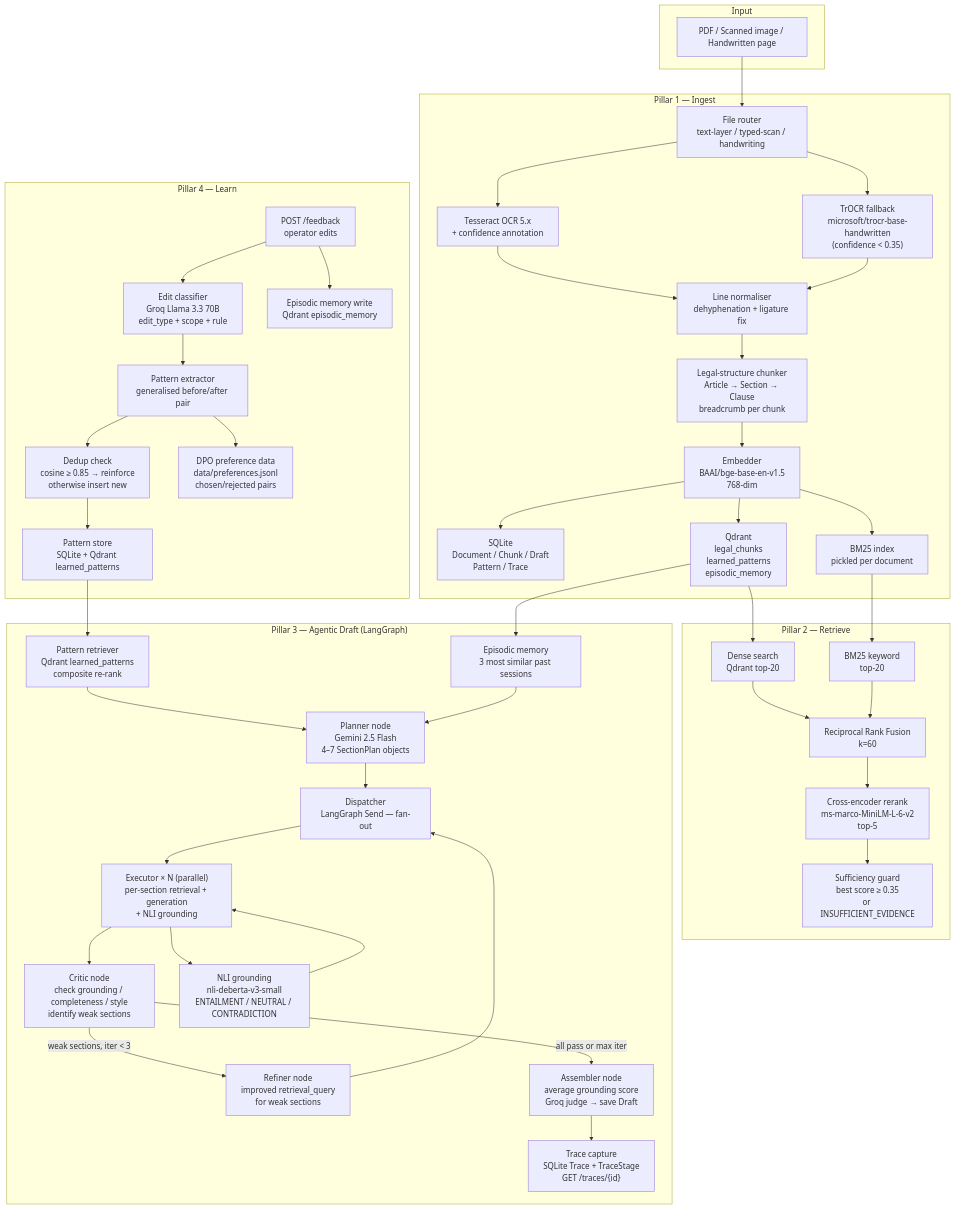
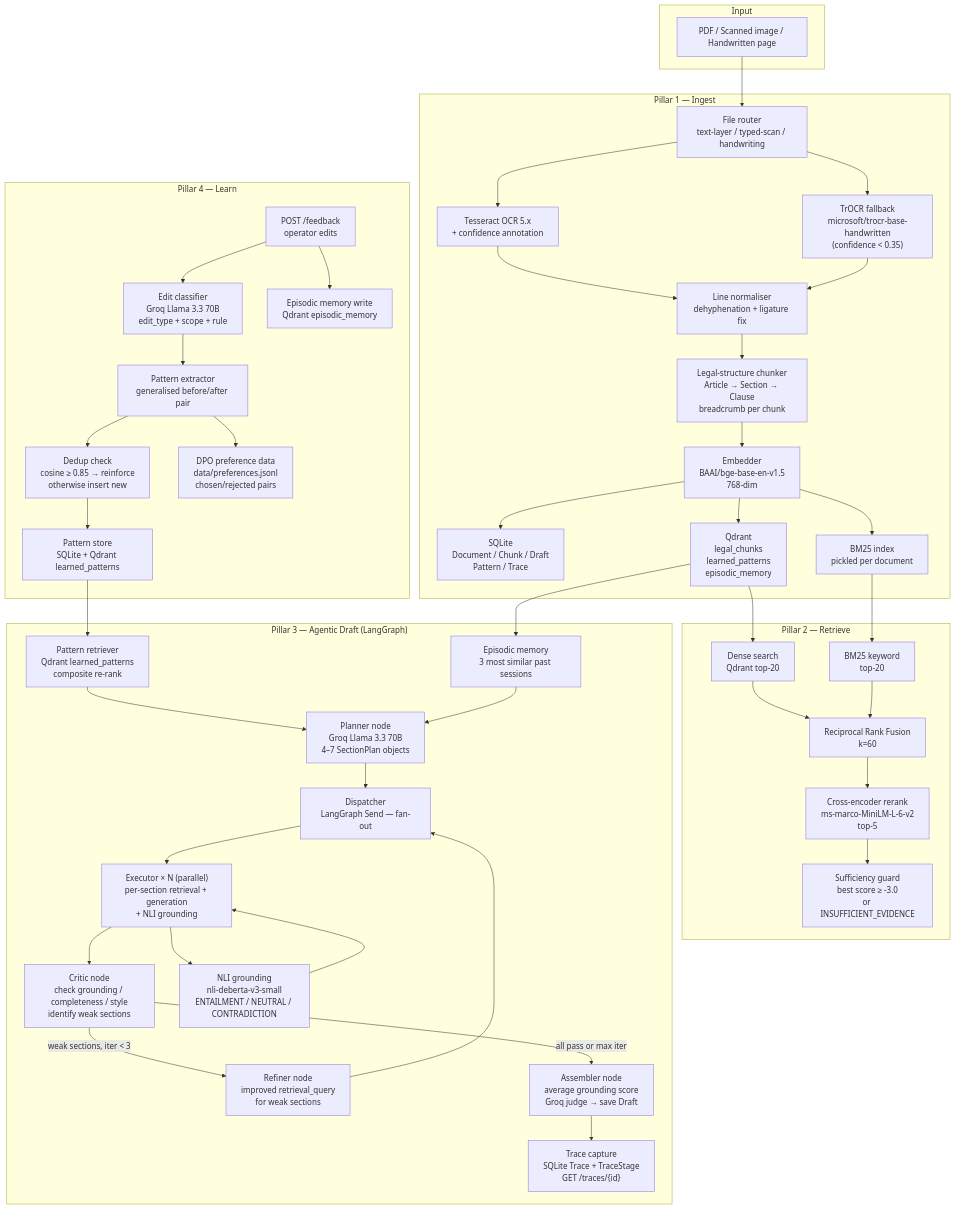
The diagram in README.md (sakibul-shovon/psl-system), drawn with Mermaid before and after one commit. The commit also changed other lines of this file, not shown here.

First line of the commit message:
Update README: switch to Groq and adjust thresholds

````diff
--- a/README.md
+++ b/README.md
@@ -79,71 +79,71 @@
 ```mermaid
 flowchart TD
     subgraph INPUT["Input"]
         PDF["PDF / Scanned image / Handwritten page"]
     end
 
     subgraph P1["Pillar 1 — Ingest"]
         ROUTER["File router\ntext-layer / typed-scan / handwriting"]
         TESS["Tesseract OCR 5.x\n+ confidence annotation"]
         TROCR["TrOCR fallback\nmicrosoft/trocr-base-handwritten\n(confidence < 0.35)"]
         NORM["Line normaliser\ndehyphenation + ligature fix"]
         CHUNK["Legal-structure chunker\nArticle → Section → Clause\nbreadcrumb per chunk"]
         EMBED["Embedder\nBAAI/bge-base-en-v1.5\n768-dim"]
         SQLITE["SQLite\nDocument / Chunk / Draft\nPattern / Trace"]
         QDRANT["Qdrant\nlegal_chunks\nlearned_patterns\nepisodic_memory"]
         BM25["BM25 index\npickled per document"]
     end
 
     subgraph P2["Pillar 2 — Retrieve"]
         DENSE["Dense search\nQdrant top-20"]
         KW["BM25 keyword\ntop-20"]
         RRF["Reciprocal Rank Fusion\nk=60"]
         RERANK["Cross-encoder rerank\nms-marco-MiniLM-L-6-v2\ntop-5"]
-        GUARD["Sufficiency guard\nbest score ≥ 0.35\nor INSUFFICIENT_EVIDENCE"]
+        GUARD["Sufficiency guard\nbest score ≥ -3.0\nor INSUFFICIENT_EVIDENCE"]
     end
 
     subgraph P3["Pillar 3 — Agentic Draft (LangGraph)"]
         PAT_RET["Pattern retriever\nQdrant learned_patterns\ncomposite re-rank"]
         EPI_RET["Episodic memory\n3 most similar past sessions"]
-        PLAN["Planner node\nGemini 2.5 Flash\n4–7 SectionPlan objects"]
+        PLAN["Planner node\nGroq Llama 3.3 70B\n4–7 SectionPlan objects"]
         DISPATCH["Dispatcher\nLangGraph Send — fan-out"]
         EXEC["Executor × N (parallel)\nper-section retrieval + generation\n+ NLI grounding"]
         CRIT["Critic node\ncheck grounding / completeness / style\nidentify weak sections"]
         REF["Refiner node\nimproved retrieval_query\nfor weak sections"]
         ASM["Assembler node\naverage grounding score\nGroq judge → save Draft"]
         NLI["NLI grounding\nnli-deberta-v3-small\nENTAILMENT / NEUTRAL / CONTRADICTION"]
         TRACE["Trace capture\nSQLite Trace + TraceStage\nGET /traces/{id}"]
     end
 
     subgraph P4["Pillar 4 — Learn"]
         FEEDBACK["POST /feedback\noperator edits"]
         CLASS["Edit classifier\nGroq Llama 3.3 70B\nedit_type + scope + rule"]
         EXTRACT["Pattern extractor\ngeneralised before/after pair"]
         DEDUP["Dedup check\ncosine ≥ 0.85 → reinforce\notherwise insert new"]
         PAT_STORE["Pattern store\nSQLite + Qdrant learned_patterns"]
         EPI_WRITE["Episodic memory write\nQdrant episodic_memory"]
         DPO["DPO preference data\ndata/preferences.jsonl\nchosen/rejected pairs"]
     end
 
     PDF --> ROUTER
     ROUTER --> TESS --> NORM
     ROUTER --> TROCR --> NORM
     NORM --> CHUNK --> EMBED
     EMBED --> SQLITE & QDRANT & BM25
 
     QDRANT --> DENSE
     BM25 --> KW
     DENSE & KW --> RRF --> RERANK --> GUARD
 
     PAT_STORE --> PAT_RET
     QDRANT --> EPI_RET
     PAT_RET & EPI_RET --> PLAN --> DISPATCH --> EXEC
     EXEC --> NLI --> EXEC
     EXEC --> CRIT
     CRIT -- "weak sections, iter < 3" --> REF --> DISPATCH
     CRIT -- "all pass or max iter" --> ASM --> TRACE
 
     FEEDBACK --> CLASS --> EXTRACT --> DEDUP --> PAT_STORE
     FEEDBACK --> EPI_WRITE
     EXTRACT --> DPO
 ```
````
